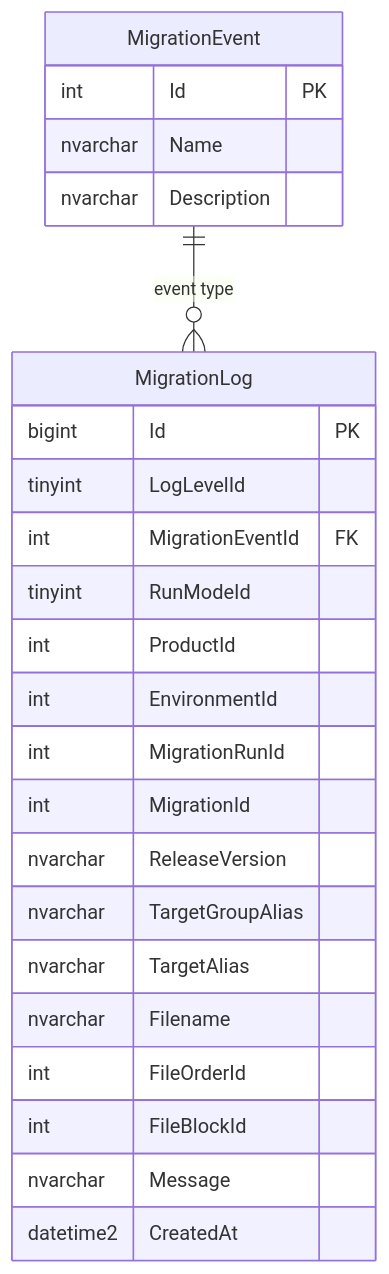
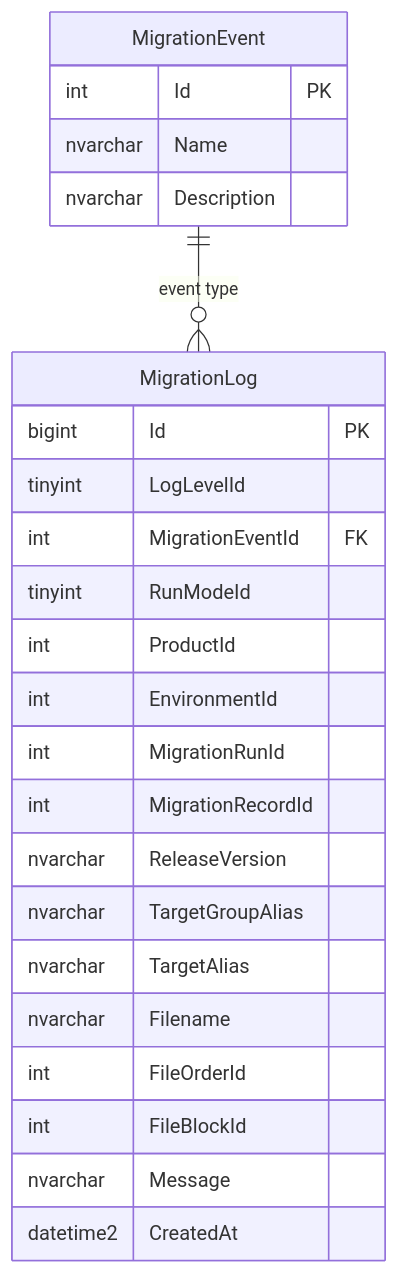
One commit to RAYCOON/RayMigrator changed the diagram in Docs/03-database-layer/logging-schema.md. Above: the diagram before and after it, drawn with Mermaid. The commit also changed other lines of this file and 49 other files, not shown here.

First line of the commit message:
Sync Docs with codebase: MigrationRecordId rename, EnvironmentId FK, refreshed counts

````diff
--- a/Docs/03-database-layer/logging-schema.md
+++ b/Docs/03-database-layer/logging-schema.md
@@ -7,29 +7,29 @@
 ```mermaid
 erDiagram
     MigrationEvent ||--o{ MigrationLog : "event type"
 
     MigrationEvent {
         int Id PK
         nvarchar Name
         nvarchar Description
     }
 
     MigrationLog {
         bigint Id PK
         tinyint LogLevelId
         int MigrationEventId FK
         tinyint RunModeId
         int ProductId
         int EnvironmentId
         int MigrationRunId
-        int MigrationId
+        int MigrationRecordId
         nvarchar ReleaseVersion
         nvarchar TargetGroupAlias
         nvarchar TargetAlias
         nvarchar Filename
         int FileOrderId
         int FileBlockId
         nvarchar Message
         datetime2 CreatedAt
     }
 ```
````
